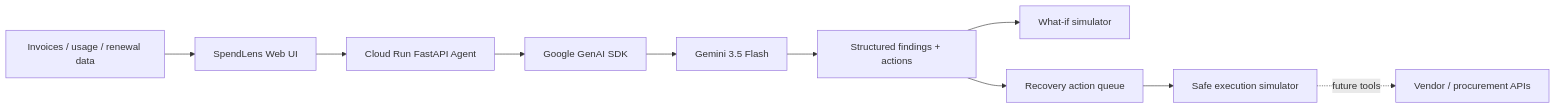
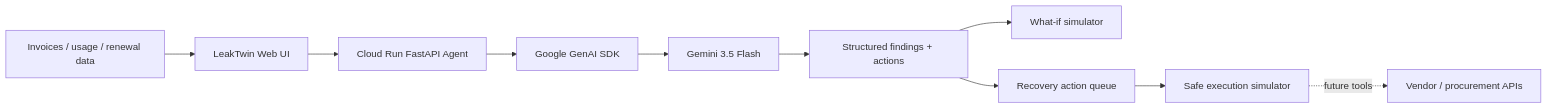
Before and after one commit to stratumpraxis/stratum-praxis: the diagram in spendlens-agentic/README.md, drawn with Mermaid. The commit also changed other lines of this file, not shown here.

Commit message:
Rename README to LeakTwin and surface architecture

````diff
--- a/spendlens-agentic/README.md
+++ b/spendlens-agentic/README.md
@@ -26,12 +28,12 @@
 ```mermaid
 flowchart LR
-  A[Invoices / usage / renewal data] --> B[SpendLens Web UI]
+  A[Invoices / usage / renewal data] --> B[LeakTwin Web UI]
   B --> C[Cloud Run FastAPI Agent]
   C --> D[Google GenAI SDK]
   D --> E[Gemini 3.5 Flash]
   E --> F[Structured findings + actions]
   F --> G[What-if simulator]
   F --> H[Recovery action queue]
   H --> I[Safe execution simulator]
   I -. future tools .-> J[Vendor / procurement APIs]
 ```
````
